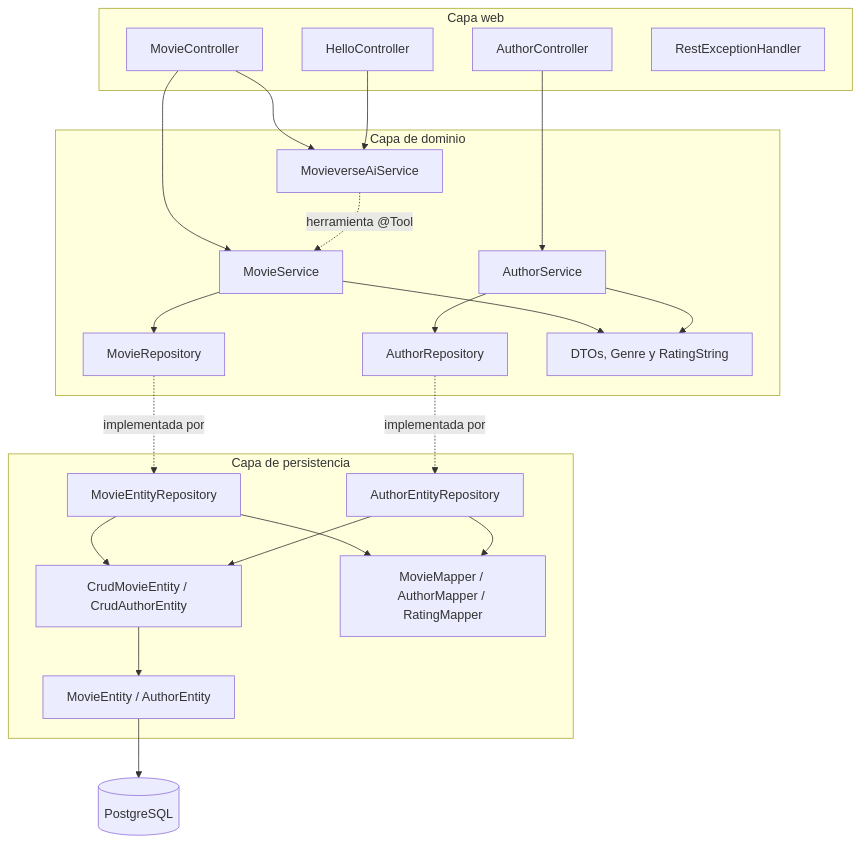
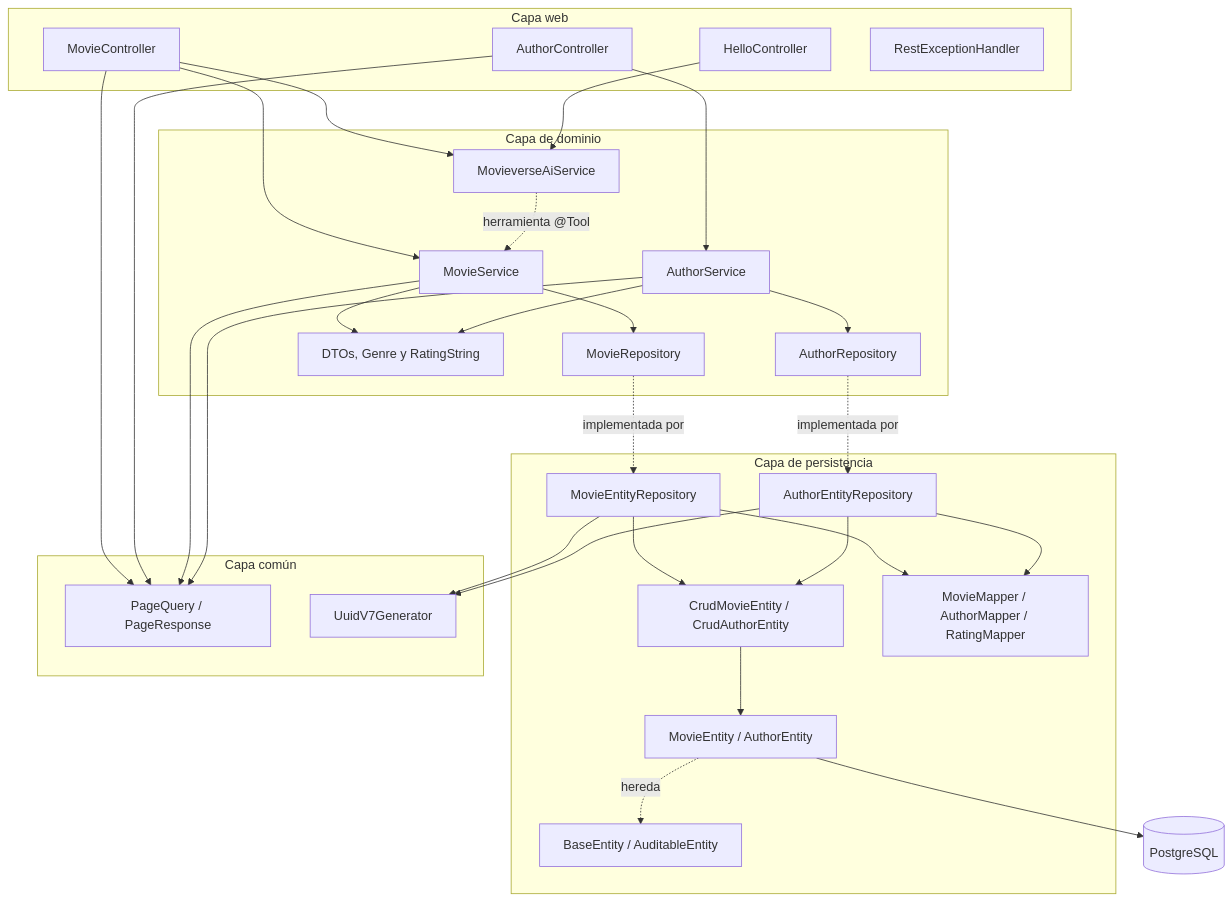
Before and after one commit to afperdomo2/movieverse_api_java_spring: the first of 3 diagrams in ARCHITECTURE.md, drawn with Mermaid. The commit also changed other lines of this file and 24 other files, not shown here.

````diff
--- a/ARCHITECTURE.md
+++ b/ARCHITECTURE.md
@@ -15,46 +15,59 @@
 ```mermaid
 flowchart TB
   subgraph Web["Capa web"]
     MC[MovieController]
     AC[AuthorController]
     HC[HelloController]
     EH[RestExceptionHandler]
   end
 
   subgraph Domain["Capa de dominio"]
     MS[MovieService]
     AS[AuthorService]
     MR[MovieRepository]
     AR[AuthorRepository]
     AI[MovieverseAiService]
     DTO[DTOs, Genre y RatingString]
   end
 
   subgraph Persistence["Capa de persistencia"]
     PER[MovieEntityRepository]
     AER[AuthorEntityRepository]
     CRUD[CrudMovieEntity / CrudAuthorEntity]
     MAP[MovieMapper / AuthorMapper / RatingMapper]
     ENT[MovieEntity / AuthorEntity]
+    BASE[BaseEntity / AuditableEntity]
+  end
+
+  subgraph Common["Capa común"]
+    PAG[PageQuery / PageResponse]
+    UUIDG[UuidV7Generator]
   end
 
   DB[(PostgreSQL)]
 
   MC --> MS
   MC --> AI
+  MC --> PAG
   AC --> AS
+  AC --> PAG
   HC --> AI
   MS --> MR
   AS --> AR
+  MS --> PAG
+  AS --> PAG
   MR -. implementada por .-> PER
   AR -. implementada por .-> AER
   PER --> CRUD
   AER --> CRUD
   PER --> MAP
   AER --> MAP
+  PER --> UUIDG
+  AER --> UUIDG
   CRUD --> ENT
+  ENT -. hereda .-> BASE
   ENT --> DB
   MS --> DTO
   AS --> DTO
   AI -. herramienta @Tool .-> MS
 ```
````
